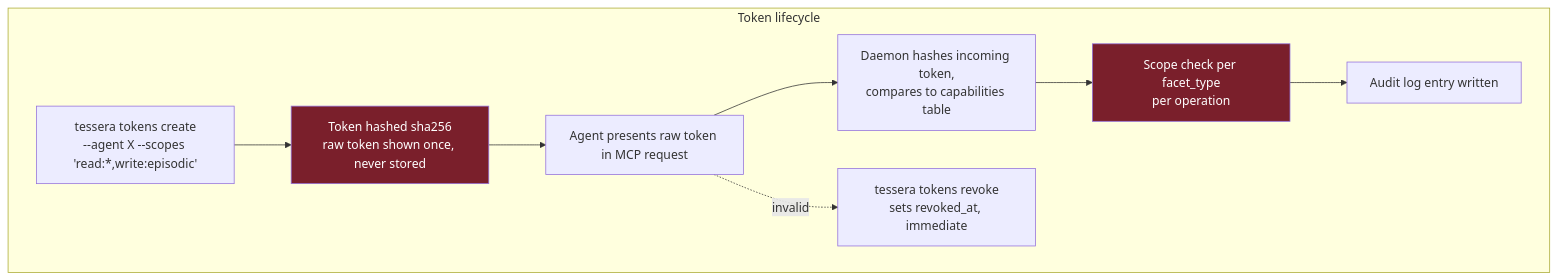
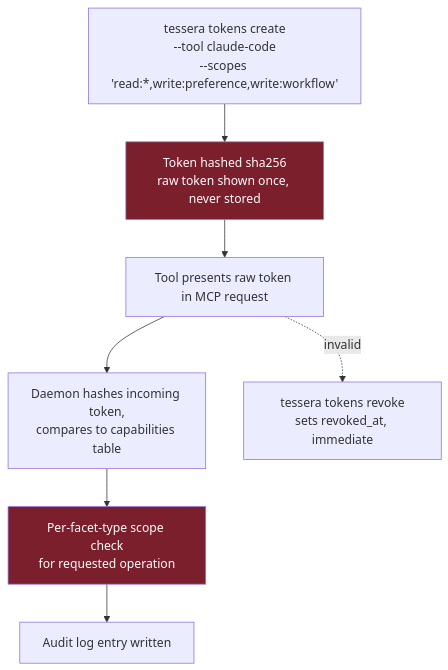
The fourth of 8 diagrams in docs/system-design.md (Mathews-Tom/Tessera), drawn with Mermaid before and after one commit. The commit also changed other lines of this file and 24 other files, not shown here.

````diff
--- a/docs/system-design.md
+++ b/docs/system-design.md
@@ -385,22 +301,20 @@
 ```mermaid
 graph TB
-  subgraph TokenLifecycle["Token lifecycle"]
-    GEN[tessera tokens create<br/>--agent X --scopes 'read:*,write:episodic']
-    HASH[Token hashed sha256<br/>raw token shown once, never stored]
-    USE[Agent presents raw token in MCP request]
-    VERIFY[Daemon hashes incoming token,<br/>compares to capabilities table]
-    SCOPE[Scope check per facet_type<br/>per operation]
-    AUDIT[Audit log entry written]
-    REVOKE[tessera tokens revoke<br/>sets revoked_at, immediate]
-  end
+  GEN[tessera tokens create<br/>--tool claude-code<br/>--scopes 'read:*,write:preference,write:workflow']
+  HASH[Token hashed sha256<br/>raw token shown once, never stored]
+  USE[Tool presents raw token in MCP request]
+  VERIFY[Daemon hashes incoming token,<br/>compares to capabilities table]
+  SCOPE[Per-facet-type scope check<br/>for requested operation]
+  AUDIT[Audit log entry written]
+  REVOKE[tessera tokens revoke<br/>sets revoked_at, immediate]
 
   GEN --> HASH
   HASH --> USE
   USE --> VERIFY
   VERIFY --> SCOPE
   SCOPE --> AUDIT
   USE -.invalid.-> REVOKE
 
   style HASH fill:#7a1f2b,color:#fff
   style SCOPE fill:#7a1f2b,color:#fff
 ```
````
